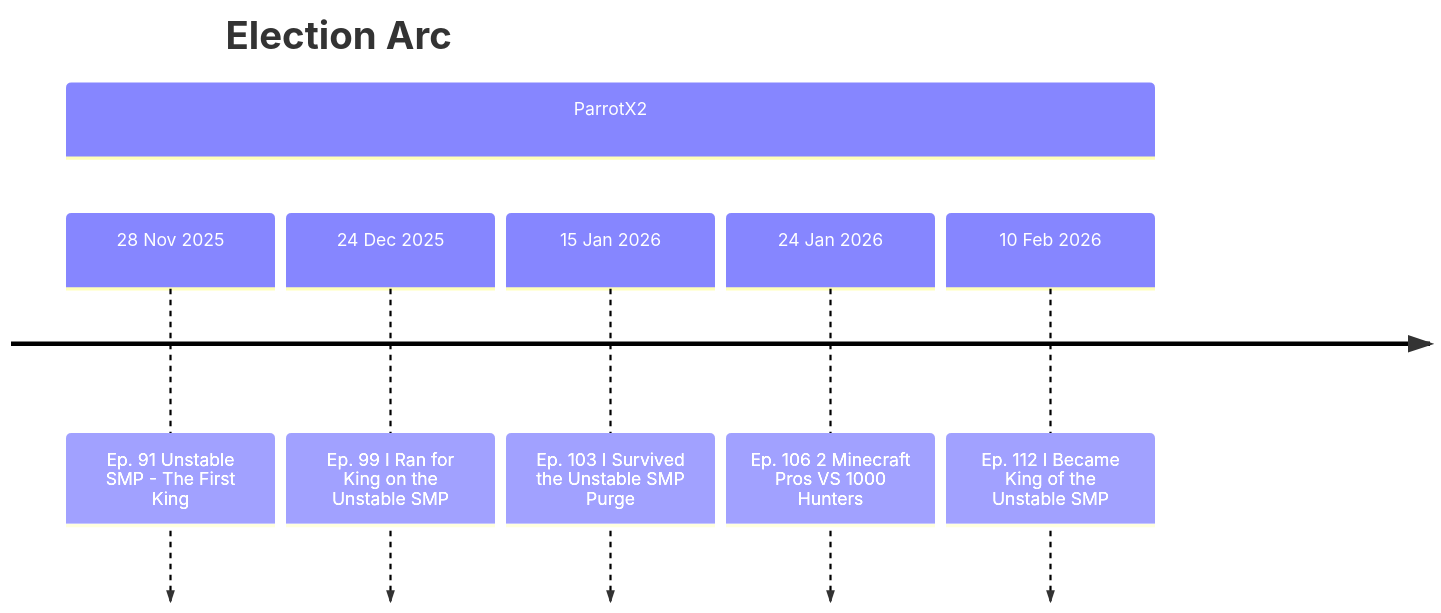
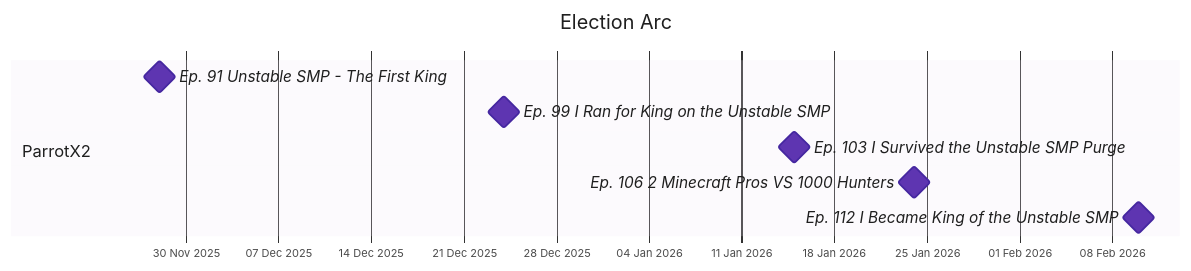
Before and after one commit to That1Guy005/Unstable-Wiki: the diagram in docs/arcs/election-arc.md, drawn with Mermaid. The commit also changed other lines of this file and 57 other files, not shown here.

Commit message:
feat: improved readability charts

````diff
--- a/docs/arcs/election-arc.md
+++ b/docs/arcs/election-arc.md
@@ -23,10 +25,14 @@
 ```mermaid
-timeline
+%%{init: {"theme": "base", "themeVariables": {"fontFamily": "Roboto, Helvetica, Arial, sans-serif", "fontSize": "15px", "primaryTextColor": "#1f1f1f", "textColor": "#1f1f1f", "titleColor": "#1f1f1f", "gridColor": "#d0d0d8", "taskBkgColor": "#5e35b1", "taskBorderColor": "#4527a0", "taskTextColor": "#ffffff", "taskTextLightColor": "#ffffff", "taskTextDarkColor": "#1f1f1f", "taskTextOutsideColor": "#1f1f1f", "taskTextClickableColor": "#1f1f1f", "sectionBkgColor": "#ede7f6", "altSectionBkgColor": "#ffffff", "sectionBkgColor2": "#fff3d6"}, "gantt": {"barHeight": 26, "barGap": 6, "fontSize": 14, "sectionFontSize": 15, "leftPadding": 135, "topPadding": 54, "gridLineStartPadding": 40, "titleTopMargin": 24}, "themeCSS": ".titleText{font-size:20px;font-weight:600;fill:#1f1f1f} .sectionTitle{font-size:15px;font-weight:600;fill:#1f1f1f} .tick text{font-size:13px;fill:#333} .taskText,.taskTextOutsideRight,.taskTextOutsideLeft{font-size:14px} .milestone{fill:#5e35b1;stroke:#4527a0}"}}%%
+gantt
     title Election Arc
+    dateFormat YYYY-MM-DD
+    axisFormat %d %b %Y
+    todayMarker off
     section ParrotX2
-        28 Nov 2025 : Ep. 91 Unstable SMP - The First King
-        24 Dec 2025 : Ep. 99 I Ran for King on the Unstable SMP
-        15 Jan 2026 : Ep. 103 I Survived the Unstable SMP Purge
-        24 Jan 2026 : Ep. 106 2 Minecraft Pros VS 1000 Hunters
-        10 Feb 2026 : Ep. 112 I Became King of the Unstable SMP
+    Ep. 91 Unstable SMP - The First King : milestone, m0, 2025-11-28, 0d
+    Ep. 99 I Ran for King on the Unstable SMP : milestone, m1, 2025-12-24, 0d
+    Ep. 103 I Survived the Unstable SMP Purge : milestone, m2, 2026-01-15, 0d
+    Ep. 106 2 Minecraft Pros VS 1000 Hunters : milestone, m3, 2026-01-24, 0d
+    Ep. 112 I Became King of the Unstable SMP : milestone, m4, 2026-02-10, 0d
 ```
````
